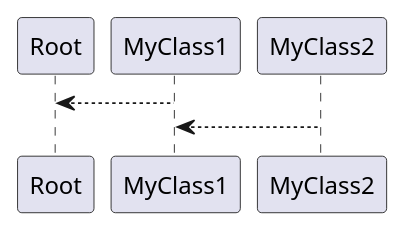
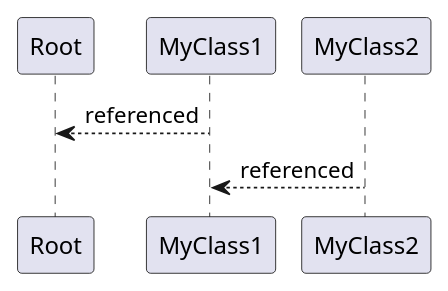
One commit to ash54xiang/multithreading_in_android changed the diagram in UML/garbage_collection.puml. Above: the diagram before and after it, drawn with PlantUML. The commit also changed 1 other file, not shown here.

```diff
--- a/UML/garbage_collection.puml
+++ b/UML/garbage_collection.puml
@@ -1,7 +1,9 @@
 @startuml Garbage Collection
 
-Root <-- MyClass1
-MyClass1 <-- MyClass2 
+Root <-- MyClass1 : referenced
+MyClass1 <-- MyClass2 : referenced
+
+
 
 
 @enduml
```
